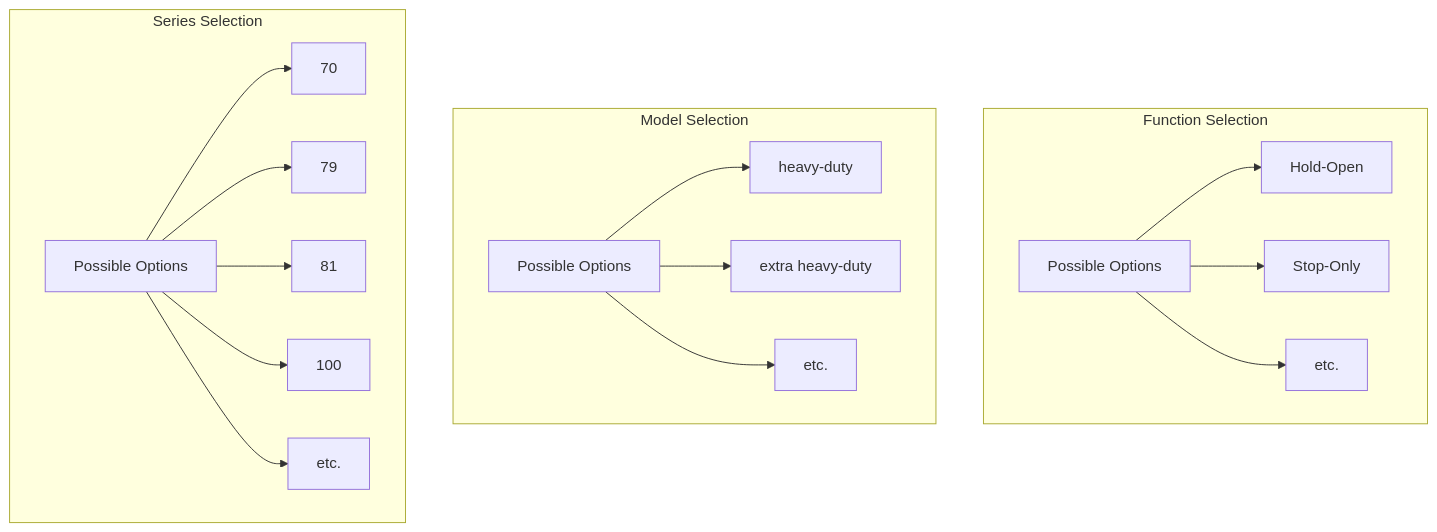
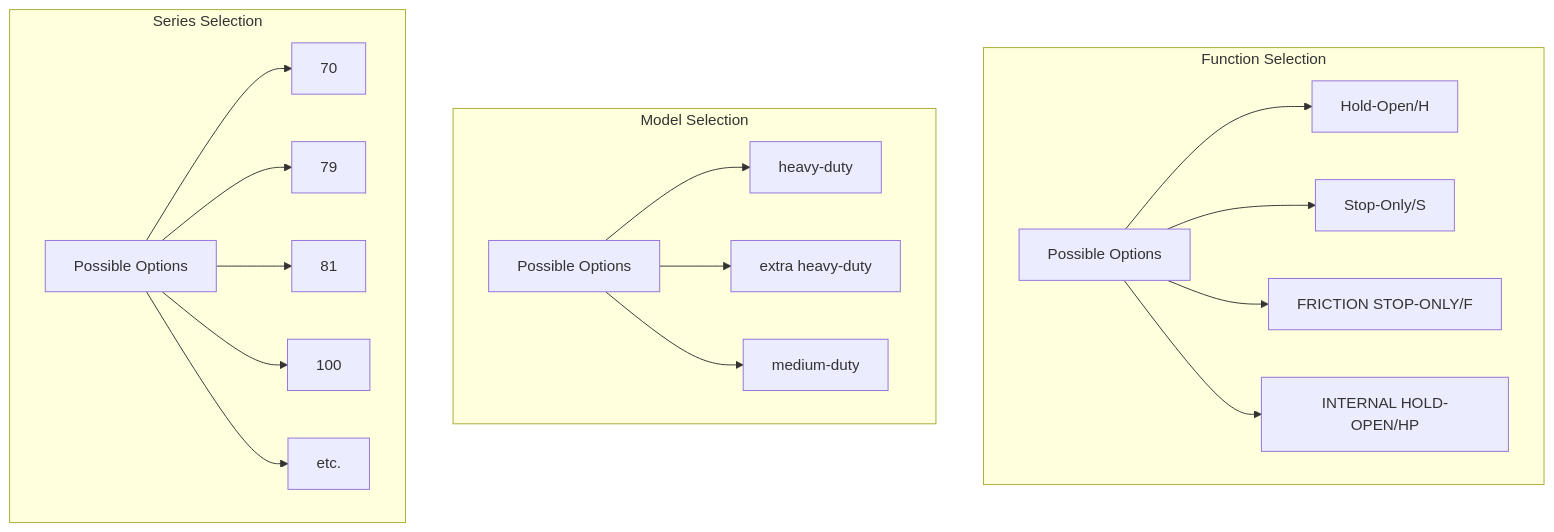
One commit to alokdas81/diamond-pricebook-diagram changed the first of 4 diagrams in README.md. Above: the diagram before and after it, drawn with Mermaid.

Commit message:
readme updated

````diff
--- a/README.md
+++ b/README.md
@@ -178,42 +178,44 @@
 ```mermaid
 graph TB
 
 
 subgraph Function Selection
 D[Possible Options]
-E[Hold-Open]
-F[Stop-Only]
-H[etc.]
+E[Hold-Open/H]
+F[Stop-Only/S]
+H[FRICTION STOP-ONLY/F]
+K[INTERNAL HOLD-OPEN/HP]
 end
 
 subgraph Model Selection
 A[Possible Options]
 B[heavy-duty]
 C[extra heavy-duty]
-I[etc.]
+I[medium-duty]
 end
 
 subgraph Series Selection
 G[Possible Options]
 70
 79
 81
 100
 J[etc.]
 end
 
 A --> B
 A --> C
 A --> I
 
 D --> E
 D --> F
 D --> H
+D --> K
 
 G --> 70
 G --> 79
 G --> 81
 G --> 100
 G --> J
 
 ```
````
